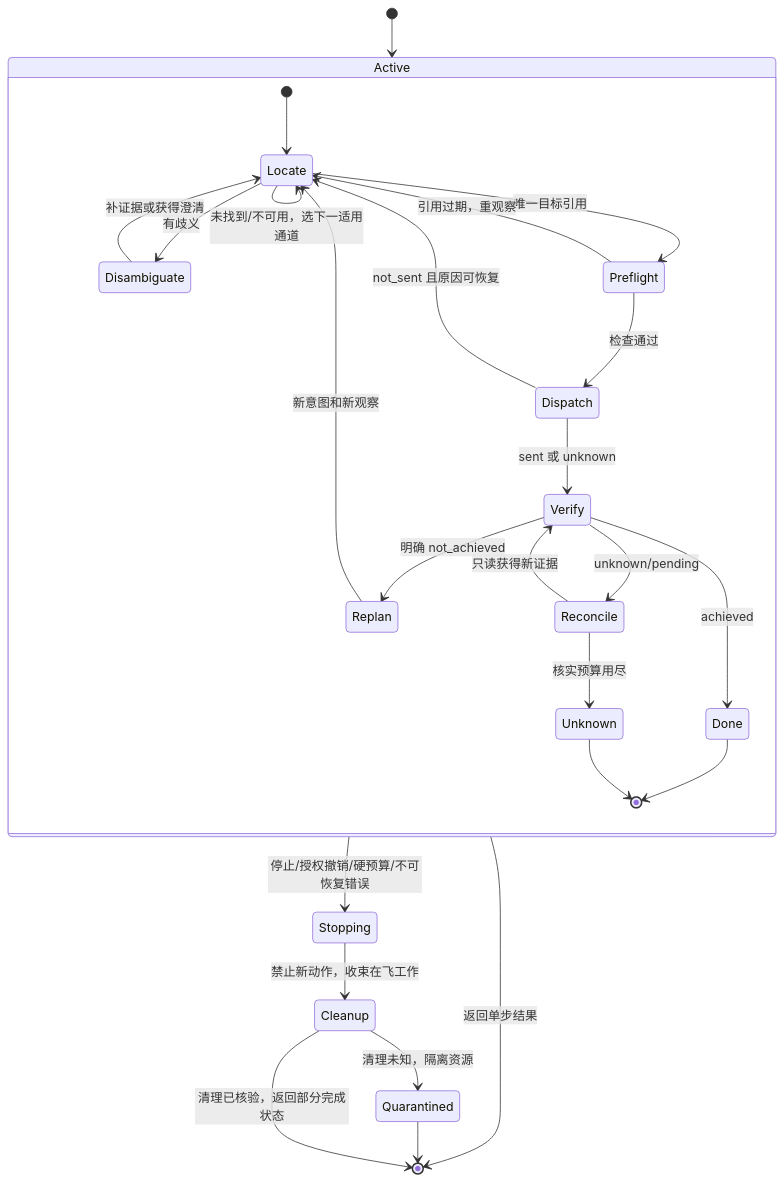
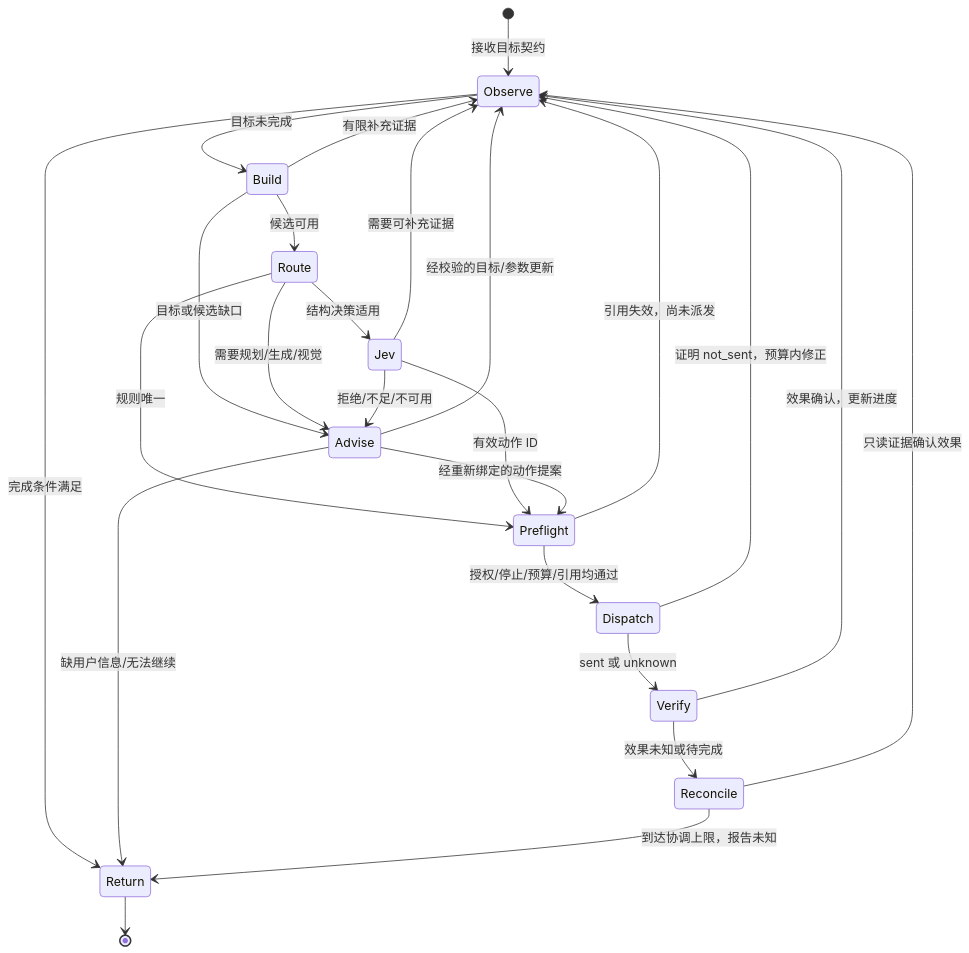
One commit to zbcjackson/tank changed the fourth of 4 diagrams in docs/plans/active/computer-use-strategy-ladder.md. Above: the diagram before and after it, drawn with Mermaid. The commit also changed other lines of this file and 11 other files, not shown here.

````diff
--- a/docs/plans/active/computer-use-strategy-ladder.md
+++ b/docs/plans/active/computer-use-strategy-ladder.md
@@ -249,29 +447,27 @@
 ```mermaid
 stateDiagram-v2
-    [*] --> Active
-    state Active {
-        [*] --> Locate
-        Locate --> Locate: 未找到/不可用，选下一适用通道
-        Locate --> Disambiguate: 有歧义
-        Disambiguate --> Locate: 补证据或获得澄清
-        Locate --> Preflight: 唯一目标引用
-        Preflight --> Locate: 引用过期，重观察
-        Preflight --> Dispatch: 检查通过
-        Dispatch --> Locate: not_sent 且原因可恢复
-        Dispatch --> Verify: sent 或 unknown
-        Verify --> Done: achieved
-        Verify --> Replan: 明确 not_achieved
-        Replan --> Locate: 新意图和新观察
-        Verify --> Reconcile: unknown/pending
-        Reconcile --> Verify: 只读获得新证据
-        Reconcile --> Unknown: 核实预算用尽
-        Done --> [*]
-        Unknown --> [*]
-    }
-    Active --> Stopping: 停止/授权撤销/硬预算/不可恢复错误
-    Active --> [*]: 返回单步结果
-    Stopping --> Cleanup: 禁止新动作，收束在飞工作
-    Cleanup --> [*]: 清理已核验，返回部分完成状态
-    Cleanup --> Quarantined: 清理未知，隔离资源
-    Quarantined --> [*]
+    [*] --> Observe: 接收目标契约
+    Observe --> Return: 完成条件满足
+    Observe --> Build: 目标未完成
+    Build --> Observe: 有限补充证据
+    Build --> Route: 候选可用
+    Build --> Advise: 目标或候选缺口
+    Route --> Preflight: 规则唯一
+    Route --> Jev: 结构决策适用
+    Route --> Advise: 需要规划/生成/视觉
+    Jev --> Preflight: 有效动作 ID
+    Jev --> Observe: 需要可补充证据
+    Jev --> Advise: 拒绝/不足/不可用
+    Advise --> Observe: 经校验的目标/参数更新
+    Advise --> Preflight: 经重新绑定的动作提案
+    Advise --> Return: 缺用户信息/无法继续
+    Preflight --> Observe: 引用失效，尚未派发
+    Preflight --> Dispatch: 授权/停止/预算/引用均通过
+    Dispatch --> Verify: sent 或 unknown
+    Dispatch --> Observe: 证明 not_sent，预算内修正
+    Verify --> Observe: 效果确认，更新进度
+    Verify --> Reconcile: 效果未知或待完成
+    Reconcile --> Observe: 只读证据确认效果
+    Reconcile --> Return: 到达协调上限，报告未知
+    Return --> [*]
 ```
````
